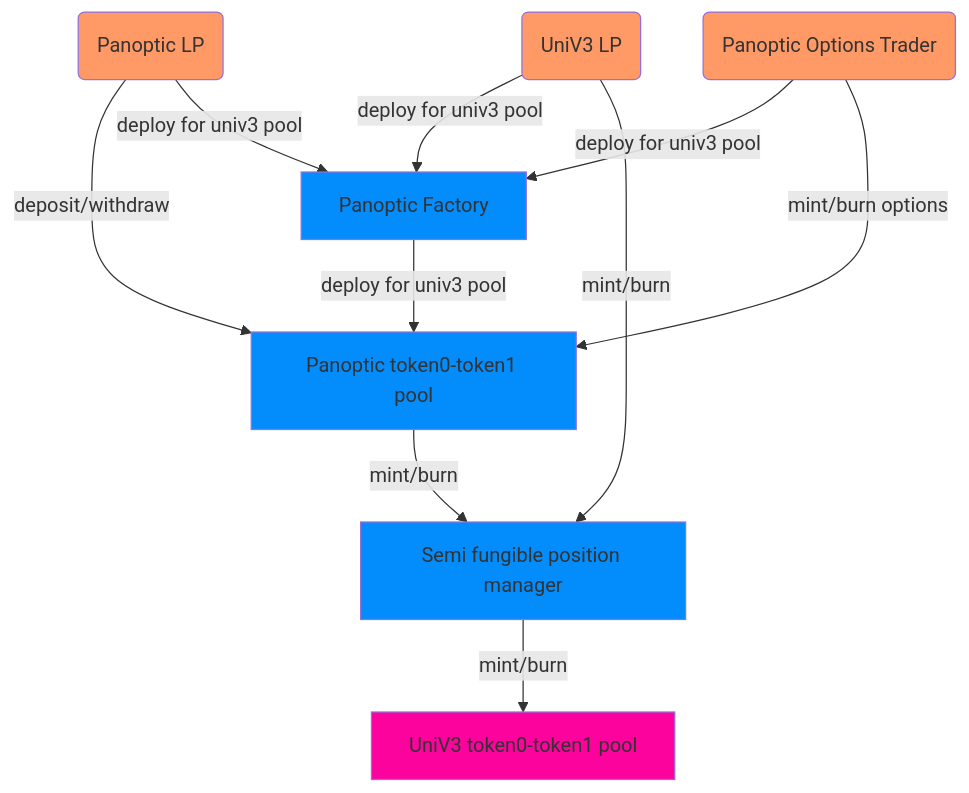
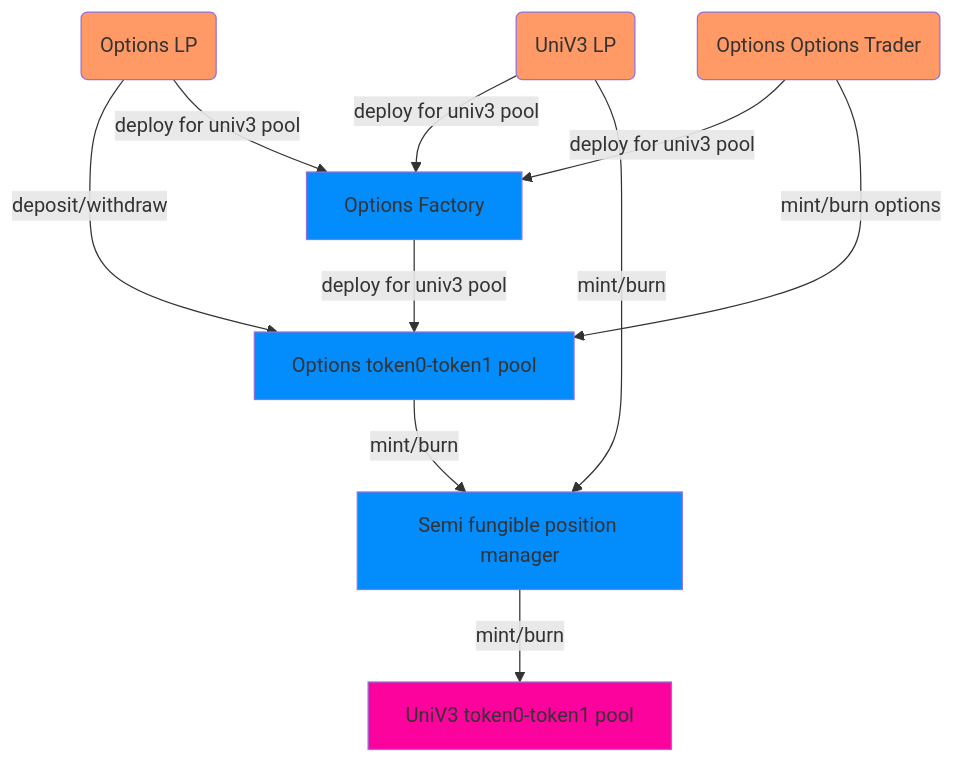
Before and after one commit to asa93/OptionsDefi: the diagram in README.md, drawn with Mermaid. The commit also changed other lines of this file and 28 other files, not shown here.

````diff
--- a/README.md
+++ b/README.md
@@ -7,14 +7,14 @@
 ```mermaid
 graph TD;
     classDef user fill:#f96;
-    classDef panoptic fill:#038cfc;
+    classDef options fill:#038cfc;
     classDef uni fill:#fc039d;
-    PLP(Panoptic LP):::user --> |deposit/withdraw| PP1
+    PLP(Options LP):::user --> |deposit/withdraw| PP1
     PLP & POT & REG --> |deploy for univ3 pool| PF
-    PF[Panoptic Factory]:::panoptic --> |deploy for univ3 pool| PP1
-    POT(Panoptic Options Trader):::user -->|mint/burn options| PP1[Panoptic token0-token1 pool]:::panoptic
+    PF[Options Factory]:::options --> |deploy for univ3 pool| PP1
+    POT(Options Options Trader):::user -->|mint/burn options| PP1[Options token0-token1 pool]:::options
     REG(UniV3 LP):::user --> |mint/burn| SFPM
-    PP1 --> |mint/burn| SFPM[Semi fungible position manager]:::panoptic
+    PP1 --> |mint/burn| SFPM[Semi fungible position manager]:::options
 
     SFPM --> |mint/burn| UNI1[UniV3 token0-token1 pool]:::uni
 ```
````
